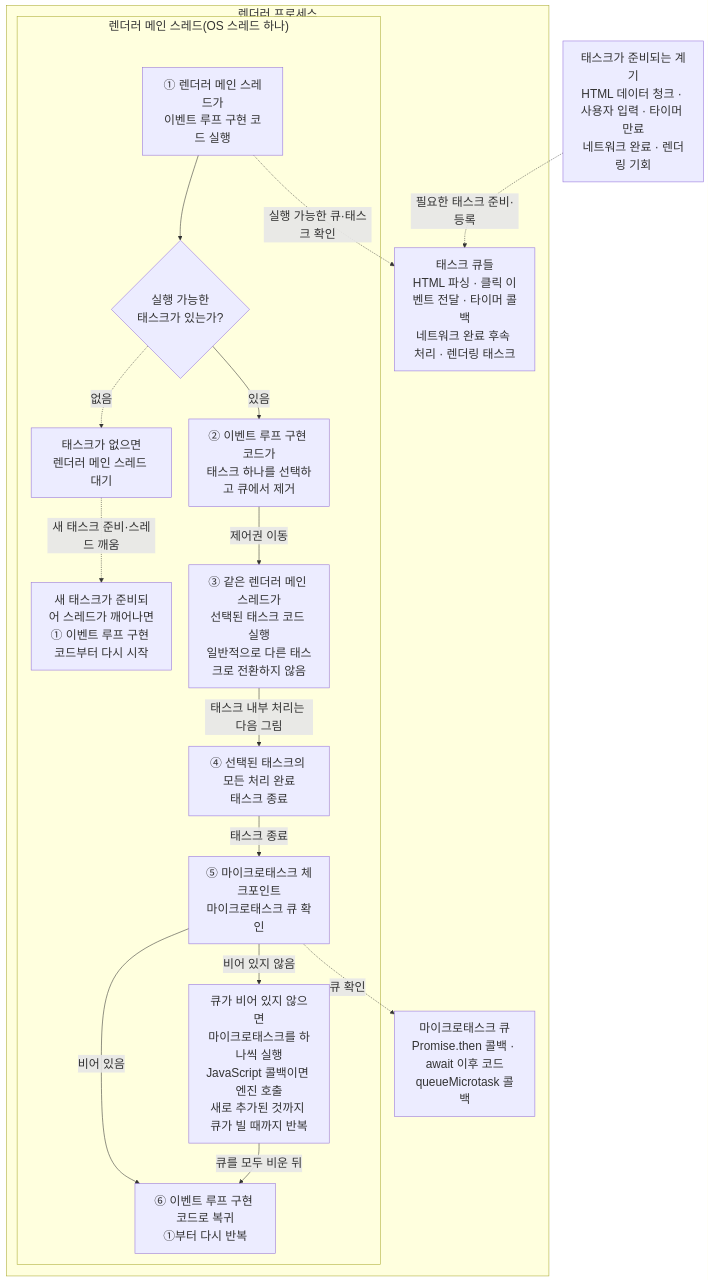
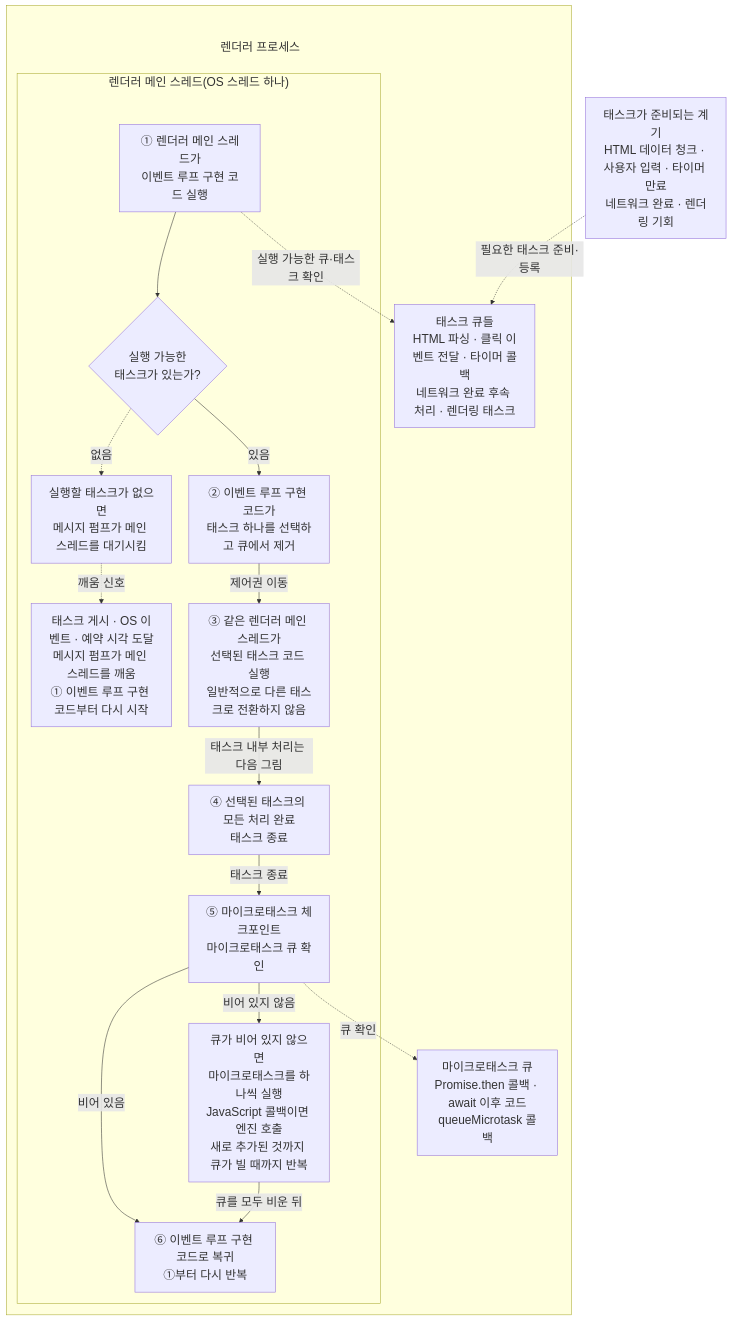
The second of 3 diagrams in docs/frontend-study/06-main-thread-call-stack-and-event-loop.md (lee-gimoon/futures-paper-trading), drawn with Mermaid before and after one commit. The commit also changed other lines of this file, not shown here.

Commit message:
docs: clarify event loop idle wake-up flow

````diff
--- a/docs/frontend-study/06-main-thread-call-stack-and-event-loop.md
+++ b/docs/frontend-study/06-main-thread-call-stack-and-event-loop.md
@@ -62,37 +62,42 @@
 ```mermaid
 %%{init: {"themeVariables": {"fontSize": "22px"}, "flowchart": {"nodeSpacing": 32, "rankSpacing": 42, "subGraphTitleMargin": {"top": 0, "bottom": 24}}}}%%
 flowchart TB
   SOURCES["태스크가 준비되는 계기<br/>HTML 데이터 청크 · 사용자 입력 · 타이머 만료<br/>네트워크 완료 · 렌더링 기회"]
 
-  subgraph RENDERER["렌더러 프로세스"]
+  subgraph RENDERER[" "]
+    RENDERER_TITLE["렌더러 프로세스"]:::processTitle
     TQ["태스크 큐들<br/>HTML 파싱 · 클릭 이벤트 전달 · 타이머 콜백<br/>네트워크 완료 후속 처리 · 렌더링 태스크"]
     MQ["마이크로태스크 큐<br/>Promise.then 콜백 · await 이후 코드<br/>queueMicrotask 콜백"]
 
     subgraph MAIN["렌더러 메인 스레드(OS 스레드 하나)"]
       EL["① 렌더러 메인 스레드가<br/>이벤트 루프 구현 코드 실행"]
       HAS_TASK{"실행 가능한<br/>태스크가 있는가?"}
       SELECT["② 이벤트 루프 구현 코드가<br/>태스크 하나를 선택하고 큐에서 제거"]
-      WAIT["태스크가 없으면<br/>렌더러 메인 스레드 대기"]
-      WAKE["새 태스크가 준비되어 스레드가 깨어나면<br/>① 이벤트 루프 구현 코드부터 다시 시작"]
+      WAIT["실행할 태스크가 없으면<br/>메시지 펌프가 메인 스레드를 대기시킴"]
+      WAKE["태스크 게시 · OS 이벤트 · 예약 시각 도달<br/>메시지 펌프가 메인 스레드를 깨움<br/>① 이벤트 루프 구현 코드부터 다시 시작"]
       TASK["③ 같은 렌더러 메인 스레드가<br/>선택된 태스크 코드 실행<br/>일반적으로 다른 태스크로 전환하지 않음"]
       TASK_DONE["④ 선택된 태스크의 모든 처리 완료<br/>태스크 종료"]
       CHECK["⑤ 마이크로태스크 체크포인트<br/>마이크로태스크 큐 확인"]
       MICRO_JS["큐가 비어 있지 않으면<br/>마이크로태스크를 하나씩 실행<br/>JavaScript 콜백이면 엔진 호출<br/>새로 추가된 것까지 큐가 빌 때까지 반복"]
       BACK["⑥ 이벤트 루프 구현 코드로 복귀<br/>①부터 다시 반복"]
     end
   end
 
+  RENDERER_TITLE ~~~ EL
+  RENDERER_TITLE ~~~ TQ
   SOURCES -.->|"필요한 태스크 준비·등록"| TQ
   EL -.->|"실행 가능한 큐·태스크 확인"| TQ
   EL --> HAS_TASK
   HAS_TASK -.->|"없음"| WAIT
-  WAIT -.->|"새 태스크 준비·스레드 깨움"| WAKE
+  WAIT -.->|"깨움 신호"| WAKE
   HAS_TASK -->|"있음"| SELECT
   SELECT -->|"제어권 이동"| TASK
   TASK -->|"태스크 내부 처리는 다음 그림"| TASK_DONE
   TASK_DONE -->|"태스크 종료"| CHECK
   CHECK -.->|"큐 확인"| MQ
   CHECK -->|"비어 있지 않음"| MICRO_JS
   CHECK -->|"비어 있음"| BACK
   MICRO_JS -->|"큐를 모두 비운 뒤"| BACK
+
+  classDef processTitle fill:transparent,stroke:transparent,color:#333
 ```
````
